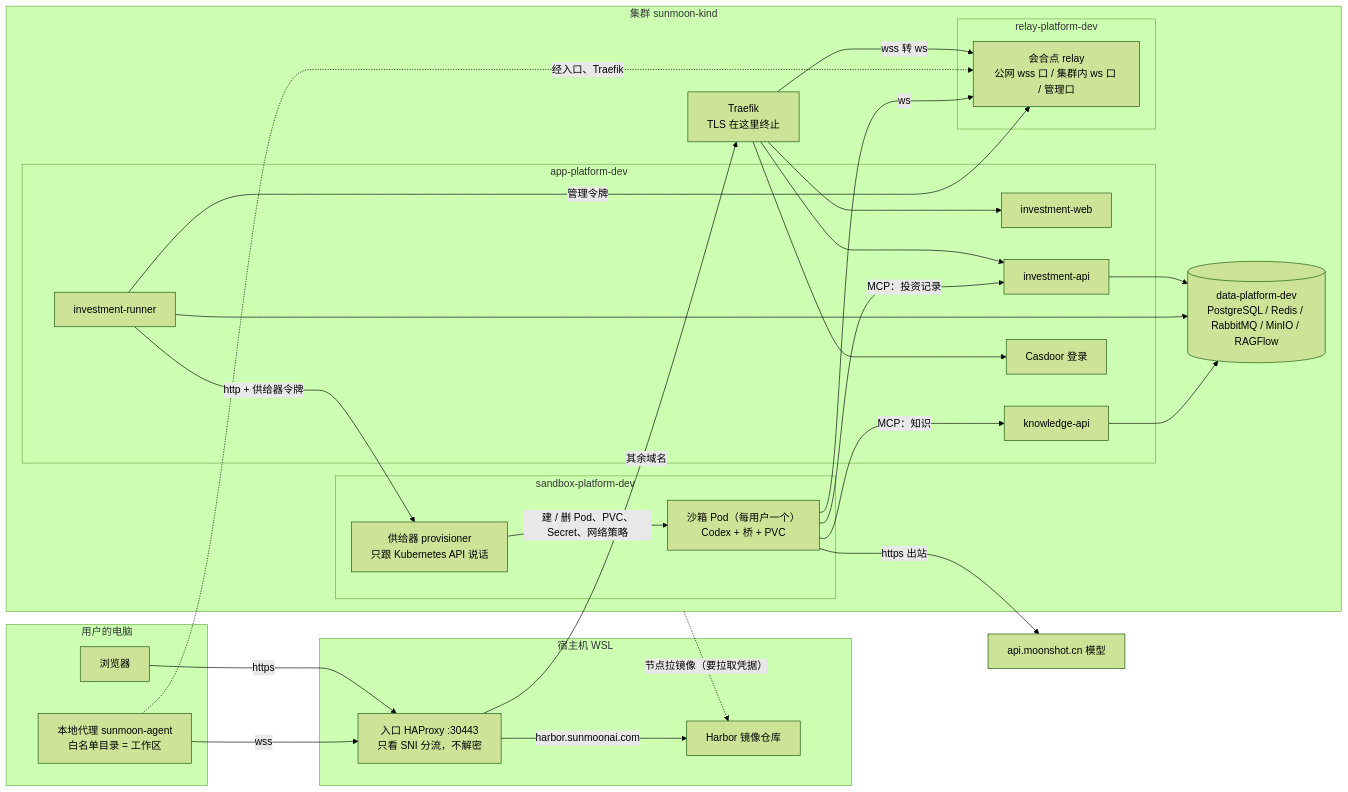
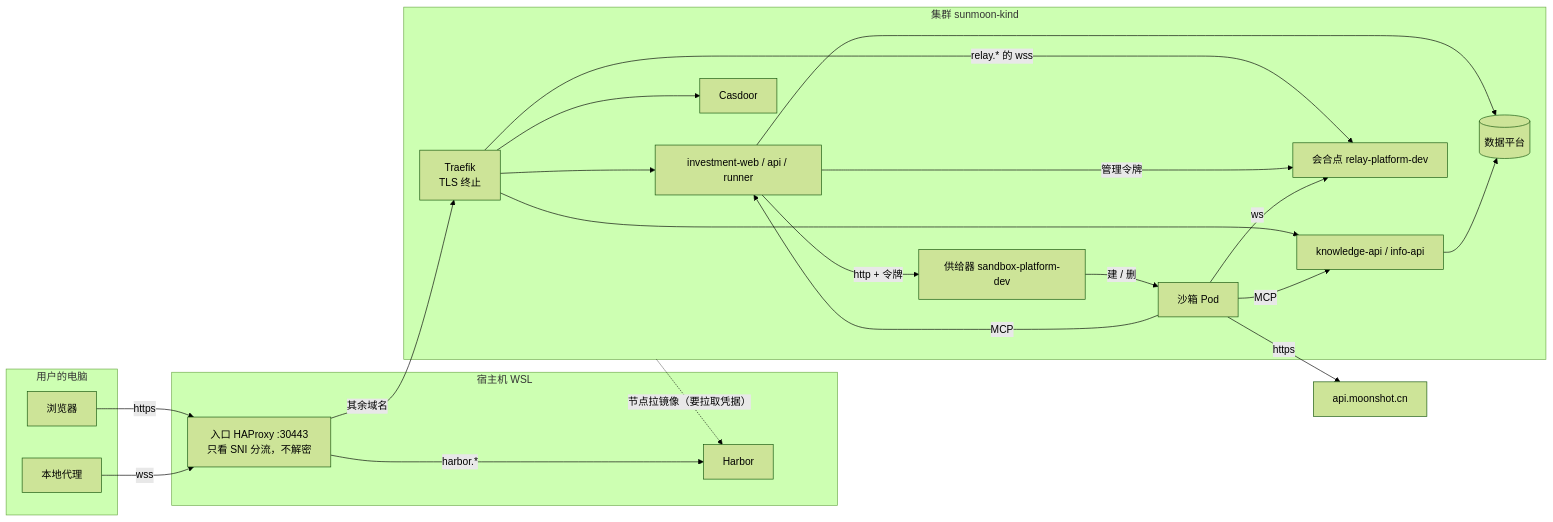
Before and after one commit to sunmoonlion/k8s: the second of 2 diagrams in docs/拓扑.md, drawn with Mermaid (forest theme). The commit also changed other lines of this file, not shown here.

Commit message:
docs(拓扑): 按正式拓扑（边缘 + frp + 内网）重画，现网 sunmoon-kind 单列为过渡形态

````diff
--- a/docs/拓扑.md
+++ b/docs/拓扑.md
@@ -7,50 +61,37 @@
 ```mermaid
 flowchart LR
   subgraph PC[用户的电脑]
     B[浏览器]
-    A[本地代理 sunmoon-agent<br/>白名单目录 = 工作区]
+    A[本地代理]
   end
-
   subgraph HOST[宿主机 WSL]
     E[入口 HAProxy :30443<br/>只看 SNI 分流，不解密]
-    H[Harbor 镜像仓库]
+    H[Harbor]
   end
-
   subgraph K8S[集群 sunmoon-kind]
-    T[Traefik<br/>TLS 在这里终止]
-    subgraph APP[app-platform-dev]
-      W[investment-web]
-      API[investment-api]
-      R[investment-runner]
-      KA[knowledge-api]
-      C[Casdoor 登录]
-    end
-    subgraph RELAY[relay-platform-dev]
-      RL[会合点 relay<br/>公网 wss 口 / 集群内 ws 口 / 管理口]
-    end
-    subgraph SBX[sandbox-platform-dev]
-      P[供给器 provisioner<br/>只跟 Kubernetes API 说话]
-      S[沙箱 Pod（每用户一个）<br/>Codex + 桥 + PVC]
-    end
-    D[(data-platform-dev<br/>PostgreSQL / Redis / RabbitMQ / MinIO / RAGFlow)]
+    T[Traefik<br/>TLS 终止]
+    W[investment-web / api / runner]
+    C[Casdoor]
+    KA[knowledge-api / info-api]
+    RL[会合点 relay-platform-dev]
+    P[供给器 sandbox-platform-dev]
+    S[沙箱 Pod]
+    D[(数据平台)]
   end
-
-  M[api.moonshot.cn 模型]
+  M[api.moonshot.cn]
 
   B -- https --> E
   A -- wss --> E
-  E -- harbor.sunmoonai.com --> H
+  E -- harbor.* --> H
   E -- 其余域名 --> T
-  T --> W & API & C
-  T -- wss 转 ws --> RL
-  A -. 经入口、Traefik .-> RL
-  R -- http + 供给器令牌 --> P
-  P -- 建 / 删 Pod、PVC、Secret、网络策略 --> S
-  R -- 管理令牌 --> RL
+  T --> W & C & KA
+  T -- "relay.* 的 wss" --> RL
+  W -- 管理令牌 --> RL
   S -- ws --> RL
-  S -- MCP：投资记录 --> API
-  S -- MCP：知识 --> KA
-  S -- https 出站 --> M
-  API & R & KA --> D
+  W -- http + 令牌 --> P
+  P -- 建 / 删 --> S
+  S -- MCP --> W & KA
+  S -- https --> M
+  W & KA --> D
   K8S -. 节点拉镜像（要拉取凭据） .-> H
 ```
````
